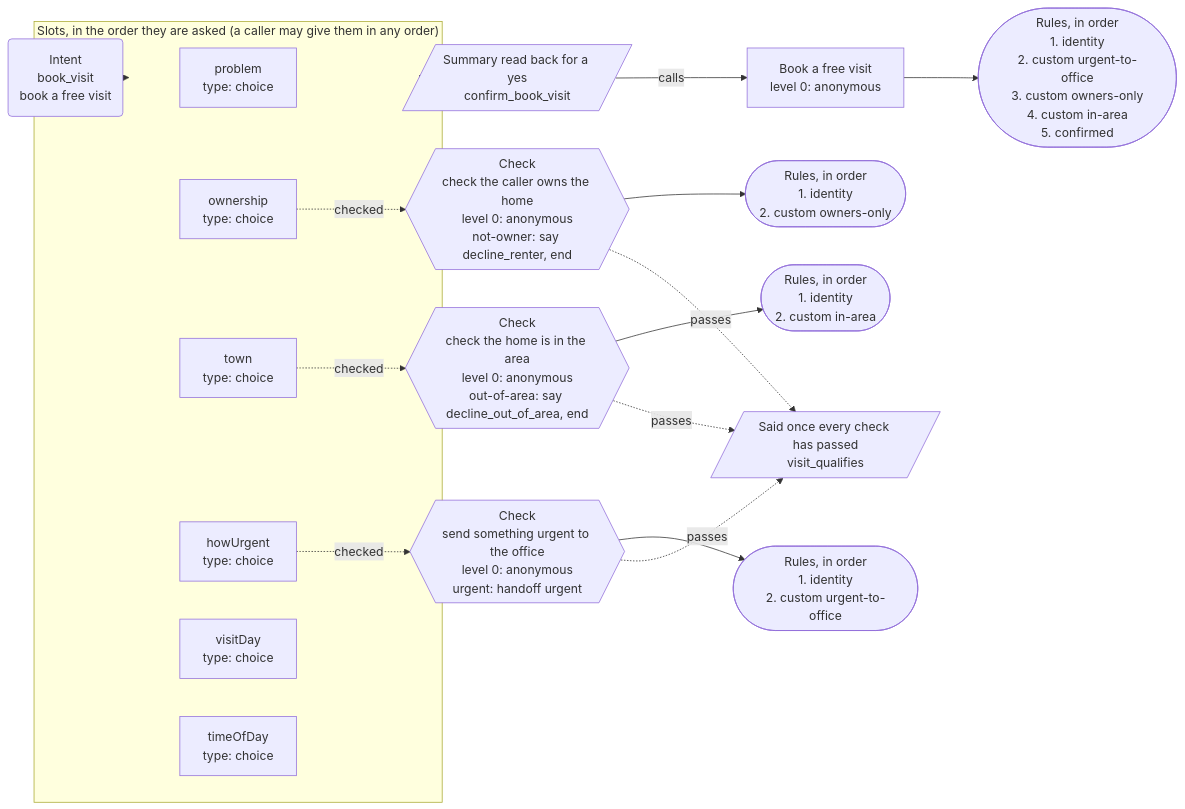
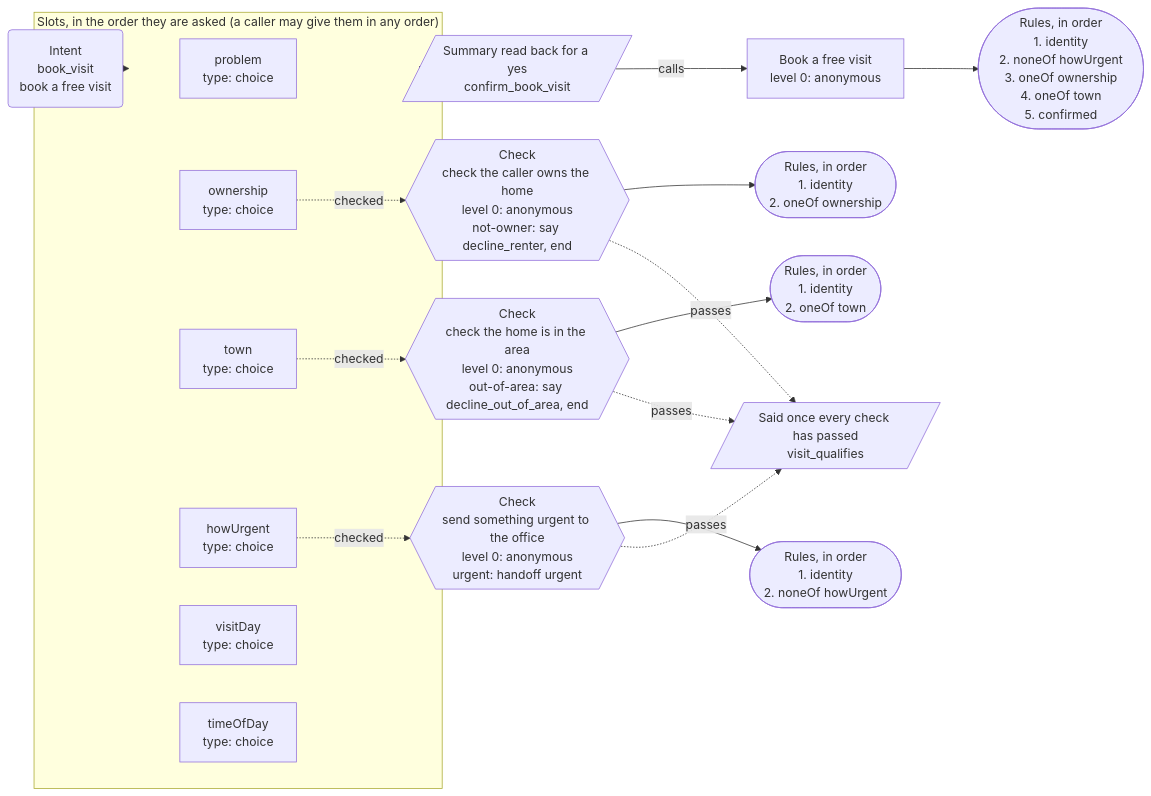
One commit to DialogWright/dialogwright changed the second of 3 diagrams in packages/dialogwright/src/testing/screened/APP-MAP.md. Above: the diagram before and after it, drawn with Mermaid. The commit also changed 36 other files, not shown here.

First line of the commit message:
Policy: built-in oneOf and noneOf rules

````diff
--- a/packages/dialogwright/src/testing/screened/APP-MAP.md
+++ b/packages/dialogwright/src/testing/screened/APP-MAP.md
@@ -34,35 +34,35 @@
 ```mermaid
 flowchart LR
   intent("Intent<br/>book_visit<br/>book a free visit")
   subgraph slots["Slots, in the order they are asked (a caller may give them in any order)"]
     s_problem["problem<br/>type: choice"]
     s_ownership["ownership<br/>type: choice"]
     s_town["town<br/>type: choice"]
     s_howUrgent["howUrgent<br/>type: choice"]
     s_visitDay["visitDay<br/>type: choice"]
     s_timeOfDay["timeOfDay<br/>type: choice"]
   end
   intent --> slots
   summary[/"Summary read back for a yes<br/>confirm_book_visit"/]
   slots --> summary
   c_checkUrgency{{"Check<br/>send something urgent to the office<br/>level 0: anonymous<br/>urgent: handoff urgent"}}
   s_howUrgent -.->|"checked"| c_checkUrgency
-  r_checkUrgency(["Rules, in order<br/>1. identity<br/>2. custom urgent-to-office"])
+  r_checkUrgency(["Rules, in order<br/>1. identity<br/>2. noneOf howUrgent"])
   c_checkUrgency --> r_checkUrgency
   c_checkOwner{{"Check<br/>check the caller owns the home<br/>level 0: anonymous<br/>not-owner: say decline_renter, end"}}
   s_ownership -.->|"checked"| c_checkOwner
-  r_checkOwner(["Rules, in order<br/>1. identity<br/>2. custom owners-only"])
+  r_checkOwner(["Rules, in order<br/>1. identity<br/>2. oneOf ownership"])
   c_checkOwner --> r_checkOwner
   c_checkArea{{"Check<br/>check the home is in the area<br/>level 0: anonymous<br/>out-of-area: say decline_out_of_area, end"}}
   s_town -.->|"checked"| c_checkArea
-  r_checkArea(["Rules, in order<br/>1. identity<br/>2. custom in-area"])
+  r_checkArea(["Rules, in order<br/>1. identity<br/>2. oneOf town"])
   c_checkArea --> r_checkArea
   passed[/"Said once every check has passed<br/>visit_qualifies"/]
   c_checkUrgency -.->|"passes"| passed
   c_checkOwner -.->|"passes"| passed
   c_checkArea -.->|"passes"| passed
   a_bookVisit["Book a free visit<br/>level 0: anonymous"]
   summary -->|"calls"| a_bookVisit
-  r_bookVisit(["Rules, in order<br/>1. identity<br/>2. custom urgent-to-office<br/>3. custom owners-only<br/>4. custom in-area<br/>5. confirmed"])
+  r_bookVisit(["Rules, in order<br/>1. identity<br/>2. noneOf howUrgent<br/>3. oneOf ownership<br/>4. oneOf town<br/>5. confirmed"])
   a_bookVisit --> r_bookVisit
 ```
````
